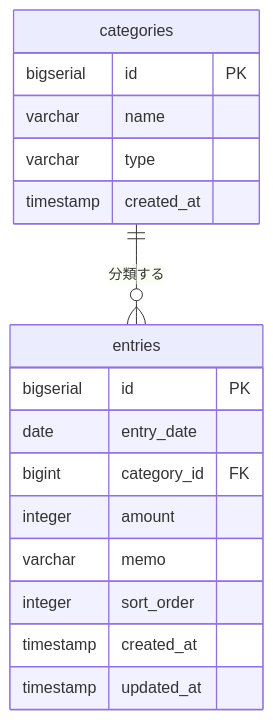
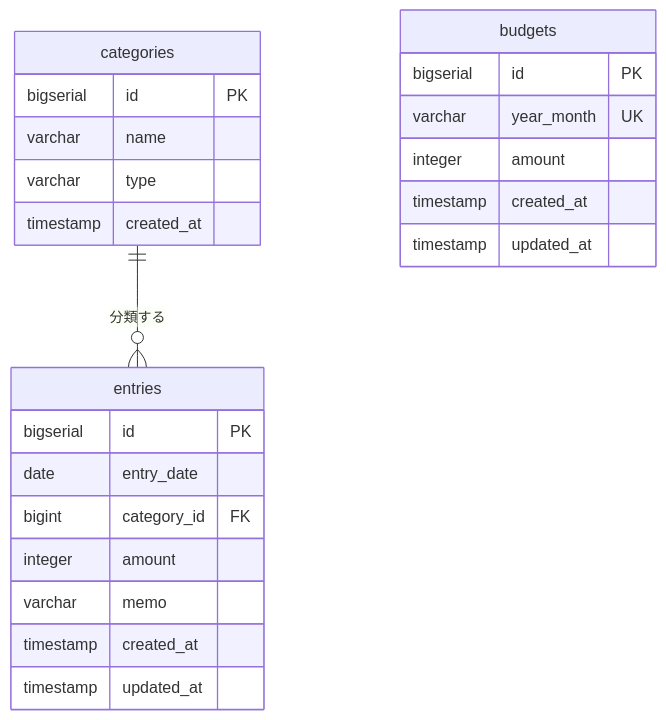
One commit to tabata-kodai1/kakeibo-app-1 changed the diagram in docs/database.md. Above: the diagram before and after it, drawn with Mermaid. The commit also changed other lines of this file and 9 other files, not shown here.

````diff
--- a/docs/database.md
+++ b/docs/database.md
@@ -8,21 +8,27 @@
 ```mermaid
 erDiagram
     categories ||--o{ entries : "分類する"
 
     categories {
         bigserial id PK
         varchar   name
         varchar   type
         timestamp created_at
     }
     entries {
         bigserial id PK
         date      entry_date
         bigint    category_id FK
         integer   amount
         varchar   memo
-        integer   sort_order
+        timestamp created_at
+        timestamp updated_at
+    }
+    budgets {
+        bigserial id PK
+        varchar   year_month UK
+        integer   amount
         timestamp created_at
         timestamp updated_at
     }
 ```
````
